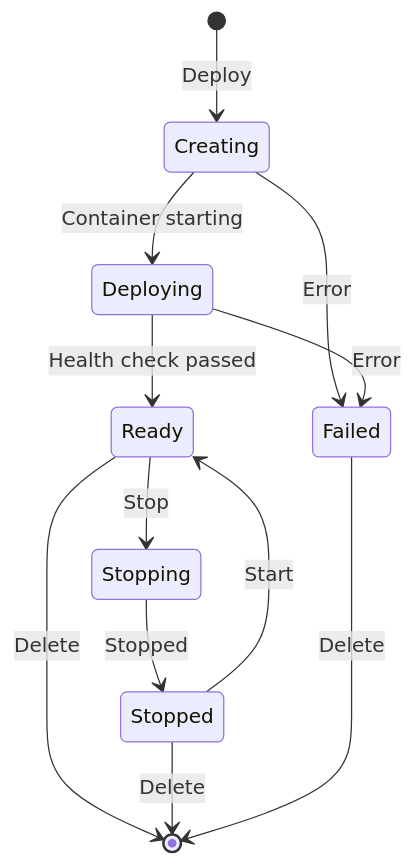
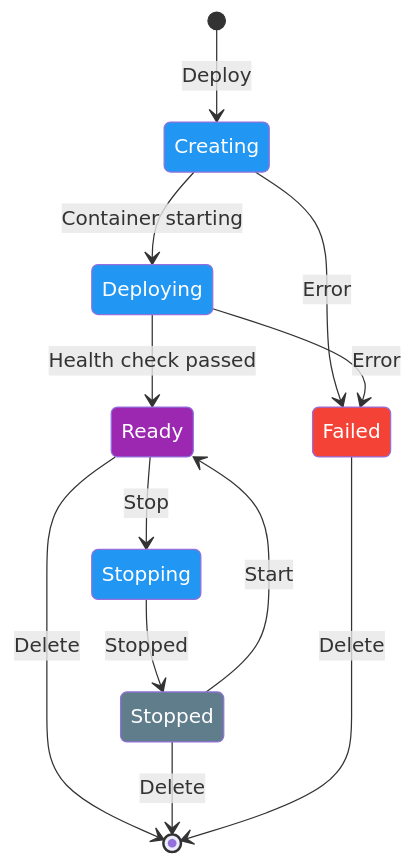
The first of 2 diagrams in docs/en/platform/deploy/endpoints.md (Dadalia1917/Yolo-RT-DETR-TrainCode), drawn with Mermaid before and after one commit. The commit also changed other lines of this file and 767 other files, not shown here.

````diff
--- a/docs/en/platform/deploy/endpoints.md
+++ b/docs/en/platform/deploy/endpoints.md
@@ -40,14 +40,23 @@
 ```mermaid
 stateDiagram-v2
     [*] --> Creating: Deploy
     Creating --> Deploying: Container starting
     Deploying --> Ready: Health check passed
     Ready --> Stopping: Stop
     Stopping --> Stopped: Stopped
     Stopped --> Ready: Start
     Ready --> [*]: Delete
     Stopped --> [*]: Delete
     Creating --> Failed: Error
     Deploying --> Failed: Error
     Failed --> [*]: Delete
+
+    classDef proc fill:#2196F3,color:#fff
+    classDef out fill:#9C27B0,color:#fff
+    classDef error fill:#F44336,color:#fff
+    classDef extern fill:#607D8B,color:#fff
+    class Creating,Deploying,Stopping proc
+    class Ready out
+    class Failed error
+    class Stopped extern
 ```
````
